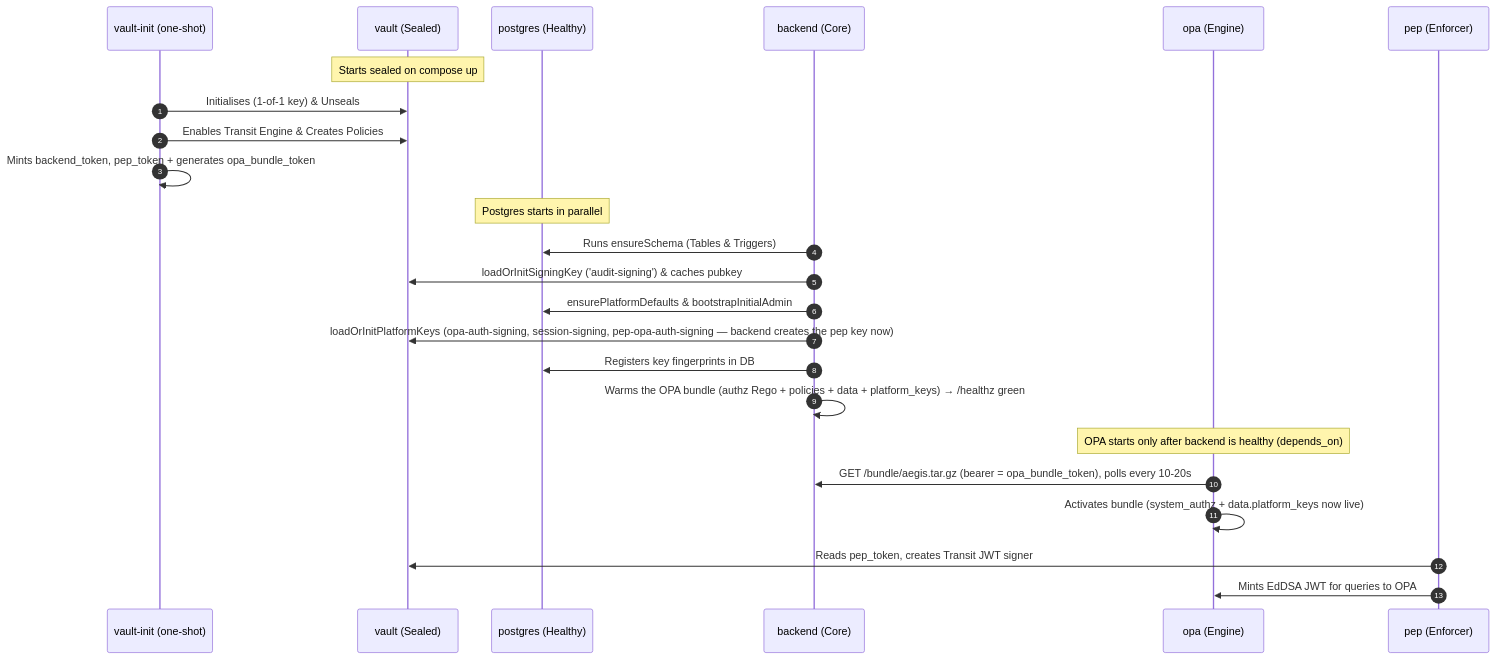
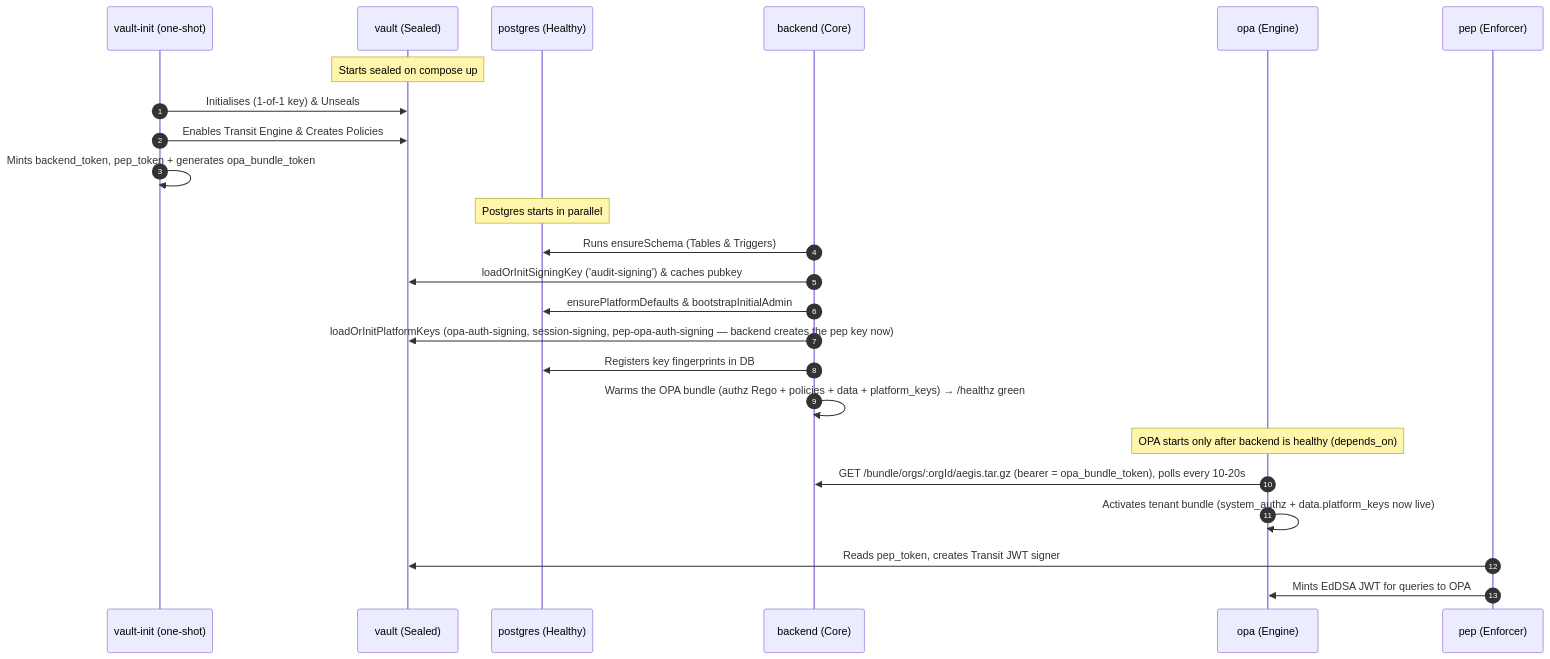
One commit to aristocypros/aegis-suite changed the second of 4 diagrams in README.md. Above: the diagram before and after it, drawn with Mermaid. The commit also changed other lines of this file and 10 other files, not shown here.

````diff
--- a/README.md
+++ b/README.md
@@ -53,31 +80,31 @@
 ```mermaid
 sequenceDiagram
     autonumber
     participant VaultInit as vault-init (one-shot)
     participant Vault as vault (Sealed)
     participant DB as postgres (Healthy)
     participant Backend as backend (Core)
     participant OPA as opa (Engine)
     participant PEP as pep (Enforcer)
 
     Note over Vault: Starts sealed on compose up
     VaultInit->>Vault: Initialises (1-of-1 key) & Unseals
     VaultInit->>Vault: Enables Transit Engine & Creates Policies
     VaultInit->>VaultInit: Mints backend_token, pep_token + generates opa_bundle_token
 
     Note over DB: Postgres starts in parallel
 
     Backend->>DB: Runs ensureSchema (Tables & Triggers)
     Backend->>Vault: loadOrInitSigningKey ('audit-signing') & caches pubkey
     Backend->>DB: ensurePlatformDefaults & bootstrapInitialAdmin
     Backend->>Vault: loadOrInitPlatformKeys (opa-auth-signing, session-signing, pep-opa-auth-signing — backend creates the pep key now)
     Backend->>DB: Registers key fingerprints in DB
     Backend->>Backend: Warms the OPA bundle (authz Rego + policies + data + platform_keys) → /healthz green
 
     Note over OPA: OPA starts only after backend is healthy (depends_on)
-    OPA->>Backend: GET /bundle/aegis.tar.gz (bearer = opa_bundle_token), polls every 10-20s
-    OPA->>OPA: Activates bundle (system_authz + data.platform_keys now live)
+    OPA->>Backend: GET /bundle/orgs/:orgId/aegis.tar.gz (bearer = opa_bundle_token), polls every 10-20s
+    OPA->>OPA: Activates tenant bundle (system_authz + data.platform_keys now live)
 
     PEP->>Vault: Reads pep_token, creates Transit JWT signer
     PEP->>OPA: Mints EdDSA JWT for queries to OPA
 ```
````
